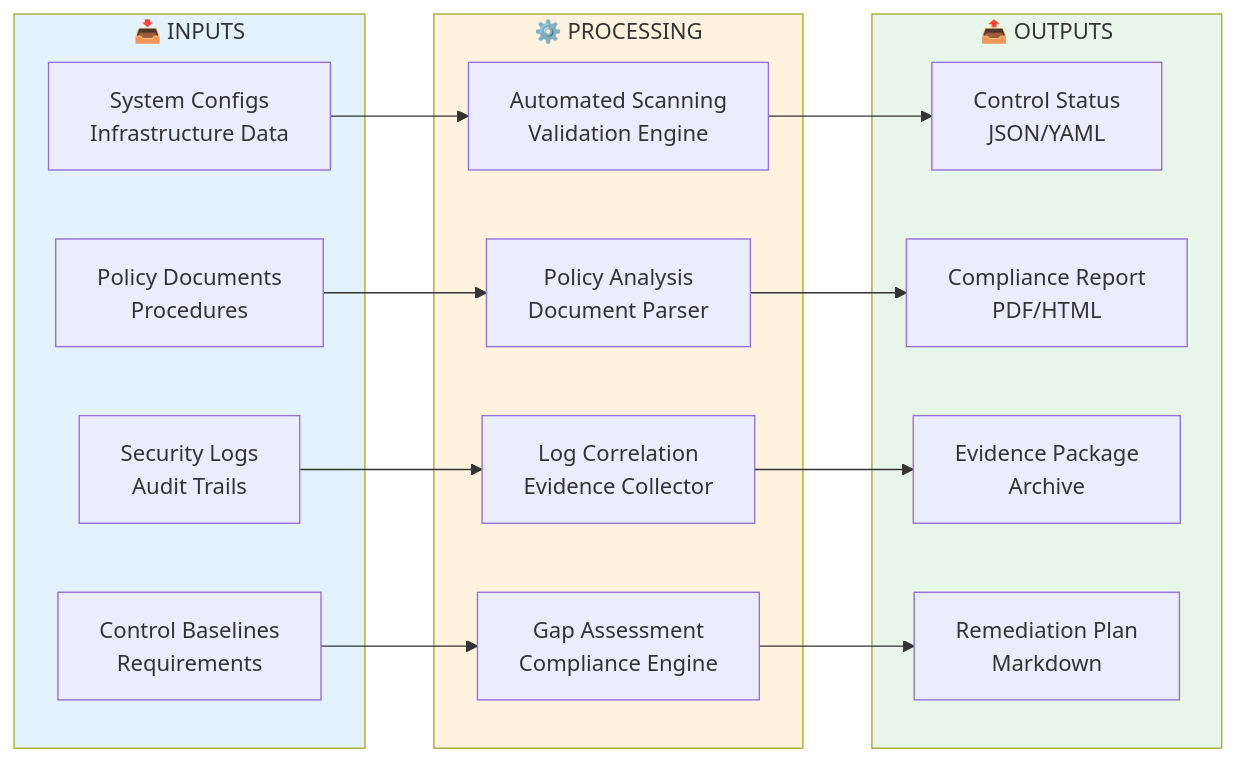
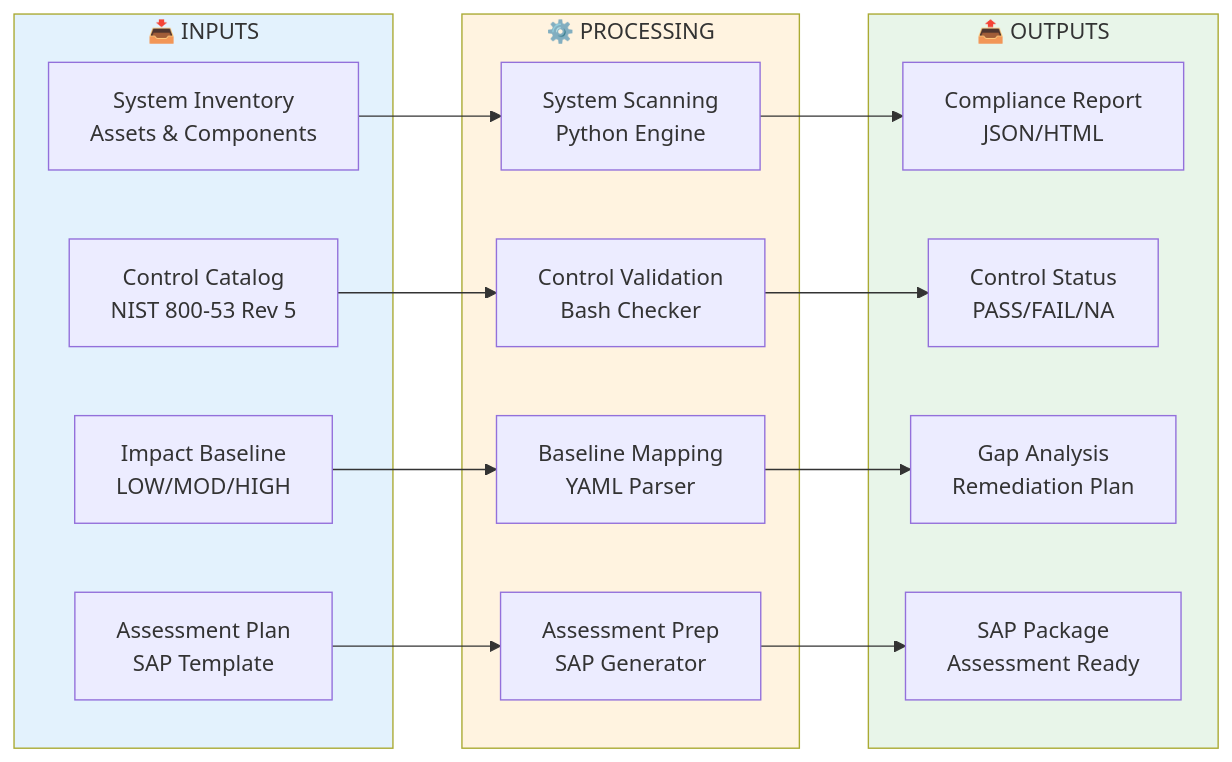
Before and after one commit to Suren-Jewels/Scripts-Toolkit: the second of 4 diagrams in security-compliance/nist-frameworks/nist-800-53/README.md, drawn with Mermaid. The commit also changed other lines of this file, not shown here.

````diff
--- a/security-compliance/nist-frameworks/nist-800-53/README.md
+++ b/security-compliance/nist-frameworks/nist-800-53/README.md
@@ -96,37 +96,37 @@
 ```mermaid
 flowchart LR
     subgraph INPUTS["📥 INPUTS"]
-        I1[System Configs<br/>Infrastructure Data]
-        I2[Policy Documents<br/>Procedures]
-        I3[Security Logs<br/>Audit Trails]
-        I4[Control Baselines<br/>Requirements]
+        I1[System Inventory<br/>Assets & Components]
+        I2[Control Catalog<br/>NIST 800-53 Rev 5]
+        I3[Impact Baseline<br/>LOW/MOD/HIGH]
+        I4[Assessment Plan<br/>SAP Template]
     end
     
     subgraph PROCESSING["⚙️ PROCESSING"]
-        P1[Automated Scanning<br/>Validation Engine]
-        P2[Policy Analysis<br/>Document Parser]
-        P3[Log Correlation<br/>Evidence Collector]
-        P4[Gap Assessment<br/>Compliance Engine]
+        P1[System Scanning<br/>Python Engine]
+        P2[Control Validation<br/>Bash Checker]
+        P3[Baseline Mapping<br/>YAML Parser]
+        P4[Assessment Prep<br/>SAP Generator]
     end
     
     subgraph OUTPUTS["📤 OUTPUTS"]
-        O1[Control Status<br/>JSON/YAML]
-        O2[Compliance Report<br/>PDF/HTML]
-        O3[Evidence Package<br/>Archive]
-        O4[Remediation Plan<br/>Markdown]
+        O1[Compliance Report<br/>JSON/HTML]
+        O2[Control Status<br/>PASS/FAIL/NA]
+        O3[Gap Analysis<br/>Remediation Plan]
+        O4[SAP Package<br/>Assessment Ready]
     end
     
     I1 --> P1
     I2 --> P2
     I3 --> P3
     I4 --> P4
     
     P1 --> O1
     P2 --> O2
     P3 --> O3
     P4 --> O4
     
     style INPUTS fill:#E3F2FD
     style PROCESSING fill:#FFF3E0
     style OUTPUTS fill:#E8F5E9
 ```
````
